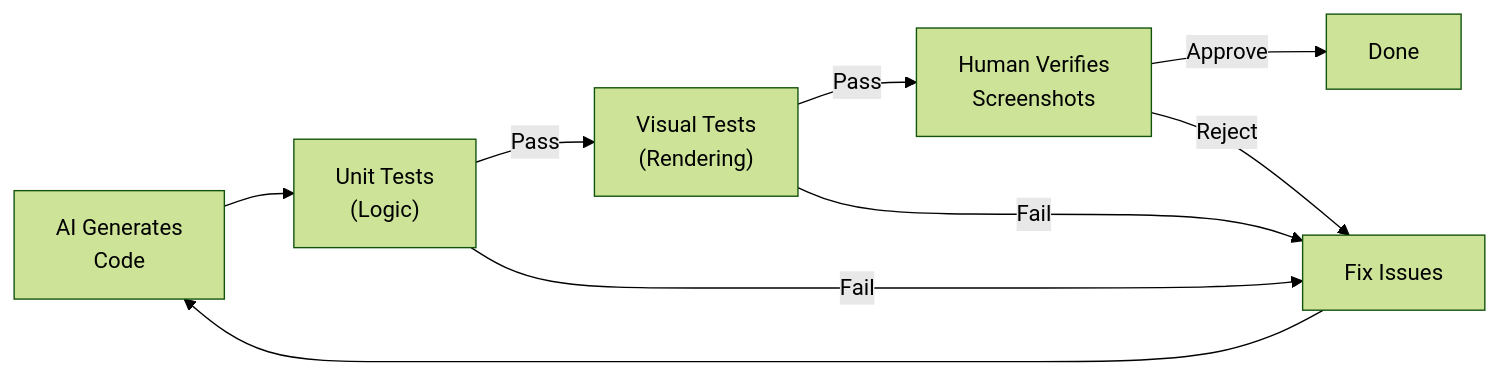
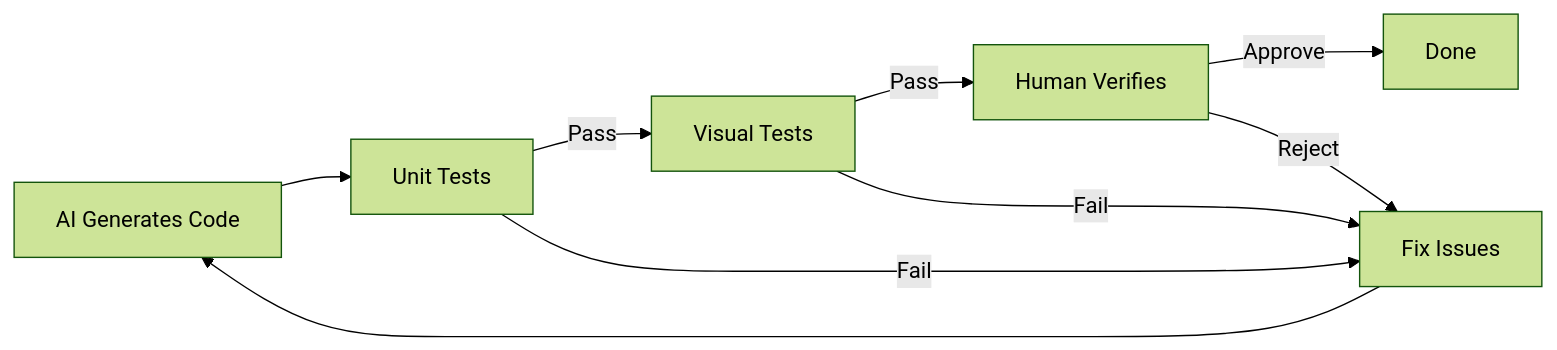
The fourth of 8 diagrams in docs/TESTING-STRATEGY.md (mtomcal/stick-rumble), drawn with Mermaid (forest theme) before and after one commit. The commit also changed other lines of this file and 2 other files, not shown here.

First line of the commit message:
docs: Fix Mermaid diagrams for GitHub rendering

````diff
--- a/docs/TESTING-STRATEGY.md
+++ b/docs/TESTING-STRATEGY.md
@@ -398,17 +398,17 @@
 ```mermaid
 flowchart LR
-    AI["AI Generates\nCode"]
-    Unit["Unit Tests\n(Logic)"]
-    Visual["Visual Tests\n(Rendering)"]
-    Human["Human Verifies\nScreenshots"]
+    AI["AI Generates Code"]
+    Unit["Unit Tests"]
+    Visual["Visual Tests"]
+    Human["Human Verifies"]
     Fix["Fix Issues"]
 
     AI --> Unit
     Unit -->|Pass| Visual
     Unit -->|Fail| Fix
     Visual -->|Pass| Human
     Visual -->|Fail| Fix
     Human -->|Approve| Done
     Human -->|Reject| Fix
     Fix --> AI
 ```
````
